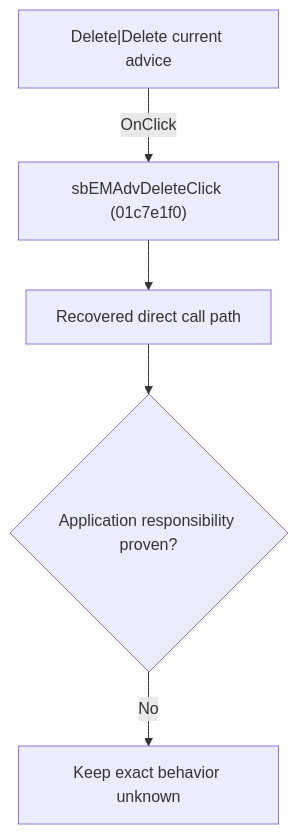
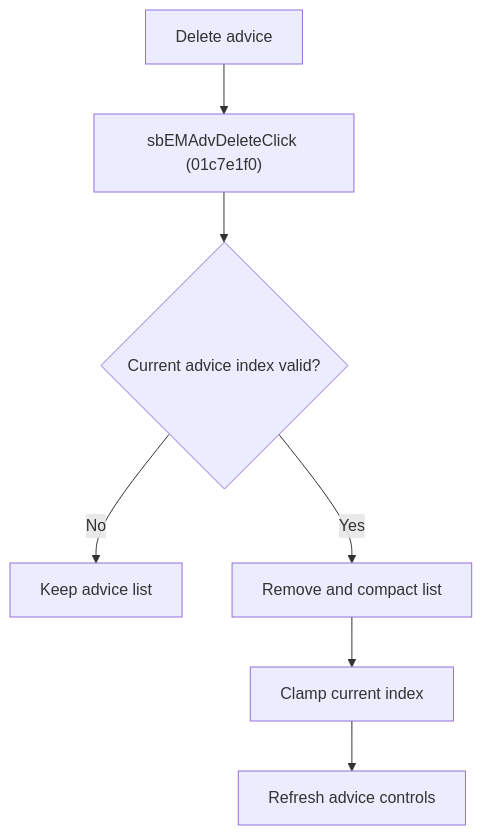
One commit to MovGP0/TIARA changed the diagram in docs/ui-controls/schematiceditor/sbemadvdelete-6cb75fd428.md. Above: the diagram before and after it, drawn with Mermaid. The commit also changed other lines of this file and 241 other files, not shown here.

````diff
--- a/docs/ui-controls/schematiceditor/sbemadvdelete-6cb75fd428.md
+++ b/docs/ui-controls/schematiceditor/sbemadvdelete-6cb75fd428.md
@@ -27,7 +20,9 @@
 ```mermaid
 flowchart TD
-    control["Delete|Delete current advice"] -->|"OnClick"| handler["sbEMAdvDeleteClick (01c7e1f0)"]
-    handler --> recovered["Recovered direct call path"]
-    recovered --> gap{"Application responsibility proven?"}
-    gap -->|"No"| blocked["Keep exact behavior unknown"]
+    control["Delete advice"] --> handler["sbEMAdvDeleteClick (01c7e1f0)"]
+    handler --> valid{"Current advice index valid?"}
+    valid -->|"No"| noop["Keep advice list"]
+    valid -->|"Yes"| remove["Remove and compact list"]
+    remove --> clamp["Clamp current index"]
+    clamp --> refresh["Refresh advice controls"]
 ```
````
